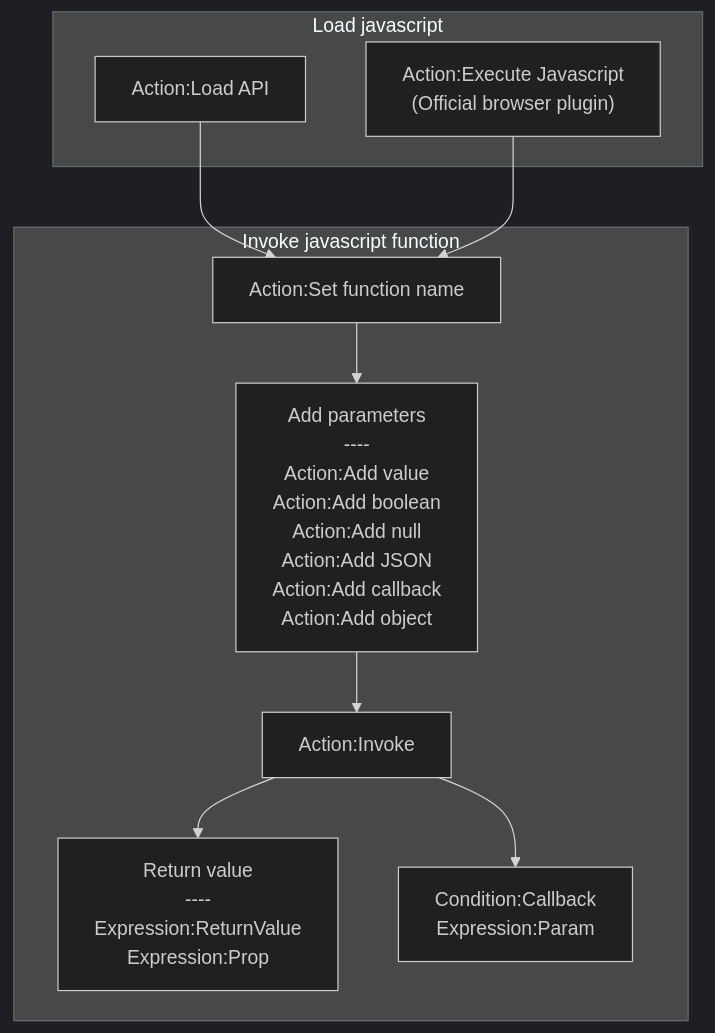
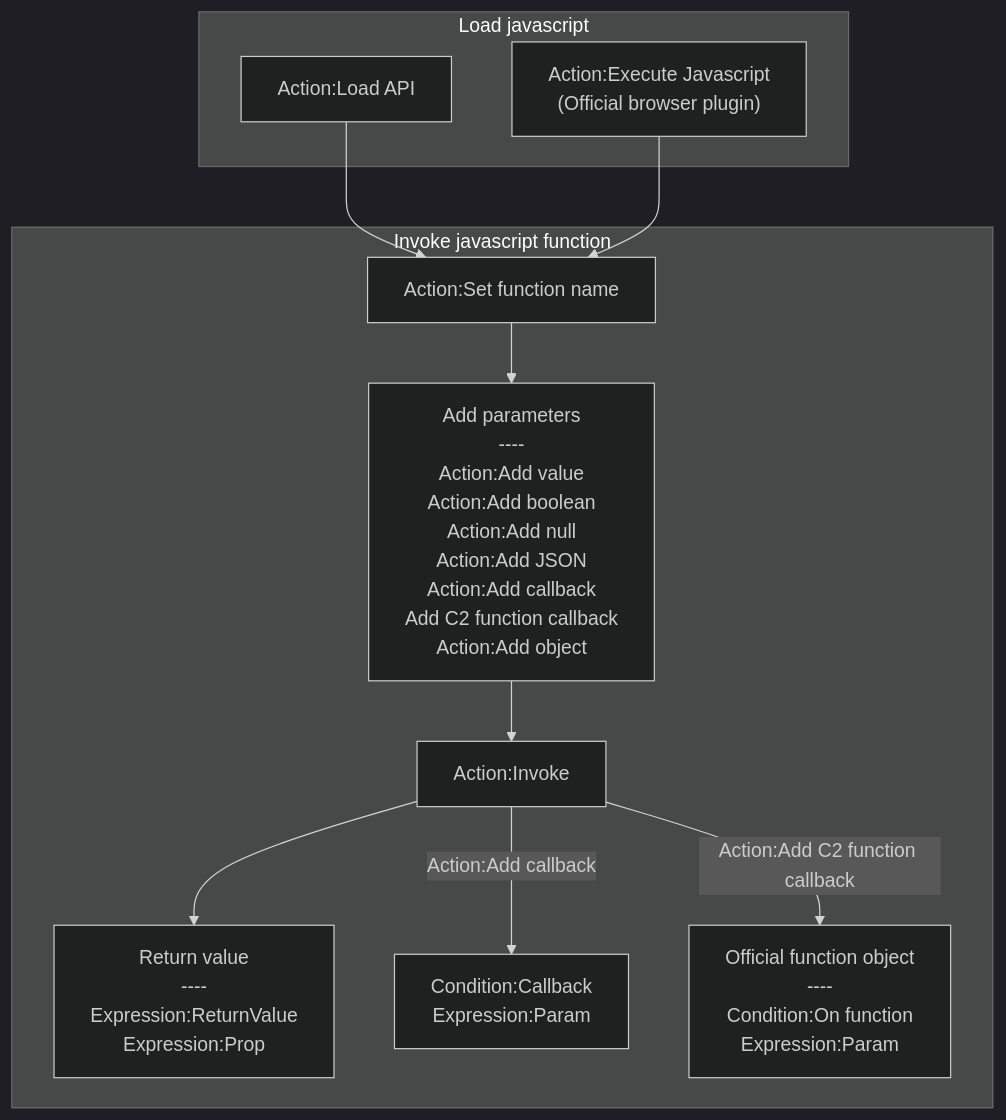
The first of 2 diagrams in plugins.md/rex_jsshell.md (rexrainbow/C2RexDoc), drawn with Mermaid (dark theme) before and after one commit. The commit also changed other lines of this file and 6 other files, not shown here.

````diff
--- a/plugins.md/rex_jsshell.md
+++ b/plugins.md/rex_jsshell.md
@@ -26,25 +26,27 @@
 ```mermaid
 graph TB
 
 LoadJSCode["Action:Load API"] --> SetFnName["Action:Set function name"]
-SetFnName --> AddParam["Add parameters<br>----<br>Action:Add value<br>Action:Add boolean<br>Action:Add null<br>Action:Add JSON<br>Action:Add callback<br>Action:Add object"]
+SetFnName --> AddParam["Add parameters<br>----<br>Action:Add value<br>Action:Add boolean<br>Action:Add null<br>Action:Add JSON<br>Action:Add callback<br>Add C2 function callback<br>Action:Add object"]
 AddParam --> Invoke["Action:Invoke"]
 Invoke --> ReturnValue["Return value<br>----<br>Expression:ReturnValue<br>Expression:Prop"]
 
 ExecJS["Action:Execute Javascript<br>(Official browser plugin)"] --> SetFnName
 
-Invoke --> Callback["Condition:Callback<br>Expression:Param"]
+Invoke --> |"Action:Add callback"| Callback["Condition:Callback<br>Expression:Param"]
+Invoke --> |"Action:Add C2 function callback"| C2FnCallback["Official function object<br>----<br>Condition:On function<br>Expression:Param"]
 
 subgraph Load javascript
 LoadJSCode
 ExecJS
 end
 
 subgraph Invoke javascript function
 SetFnName
 AddParam
 Invoke
 ReturnValue
 Callback
+C2FnCallback
 end
 ```
````
